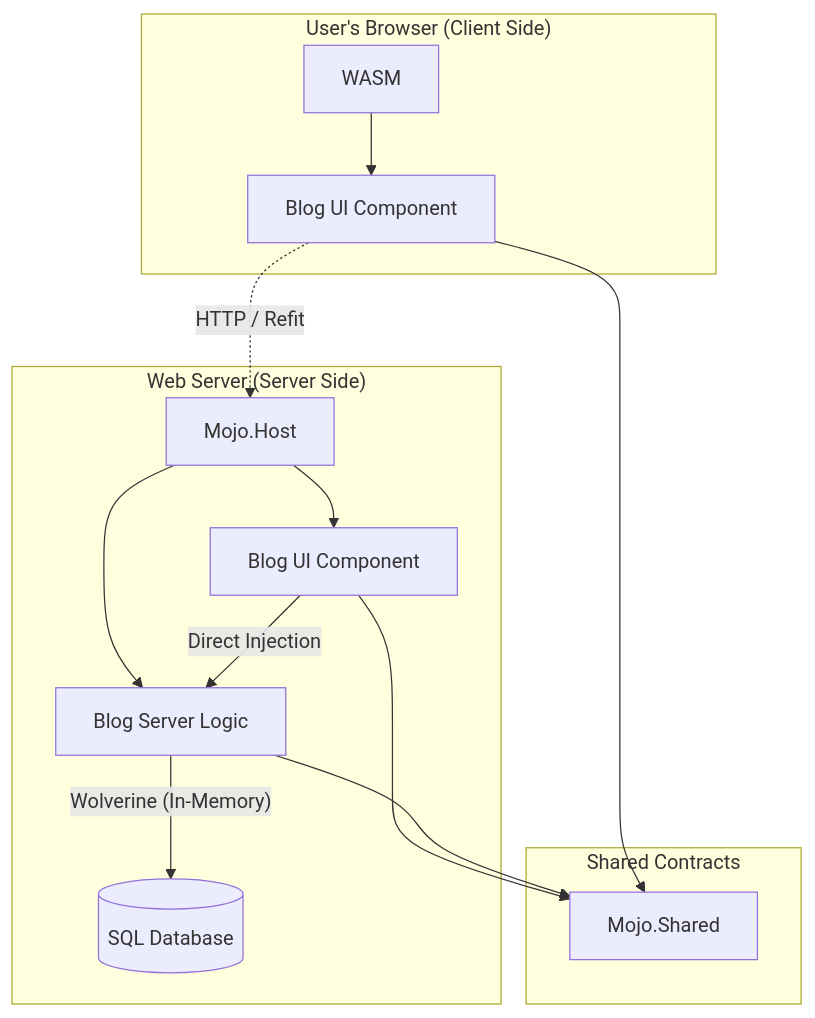
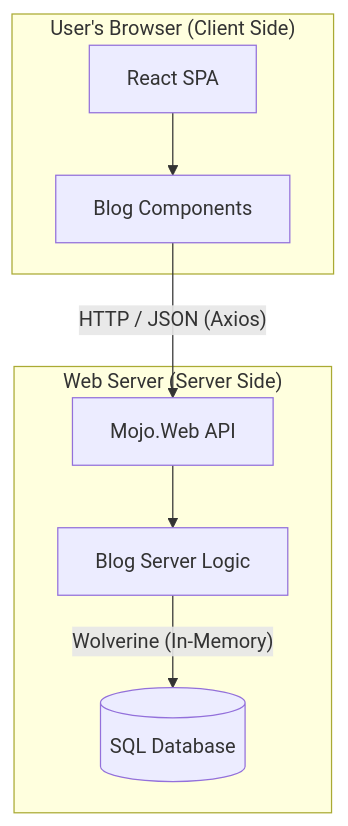
The diagram in MojoPortalRebornArchitecture.md (maxaboxi/MojoReborn), drawn with Mermaid before and after one commit. The commit also changed other lines of this file and 109 other files, not shown here.

````diff
--- a/MojoPortalRebornArchitecture.md
+++ b/MojoPortalRebornArchitecture.md
@@ -26,33 +26,21 @@
 ```mermaid
 graph TD
     subgraph "User's Browser (Client Side)"
-        WASM 
-        BlogUI_C[Blog UI Component]
-        WASM --> BlogUI_C
+        ReactApp[React SPA]
+        BlogUI_C[Blog Components]
+        ReactApp --> BlogUI_C
     end
 
     subgraph "Web Server (Server Side)"
-        Host[Mojo.Host]
-        BlogUI_S[Blog UI Component]
+        API[Mojo.Web API]
         BlogServer[Blog Server Logic]
 
-        Host --> BlogUI_S
-        Host --> BlogServer
+        API --> BlogServer
 
         %% The Logic Connection
         BlogServer -- "Wolverine (In-Memory)" --> DB[(SQL Database)]
     end
 
-    subgraph "Shared Contracts"
-        Shared[Mojo.Shared]
-    end
-
     %% Relationships
-    BlogUI_C --> Shared
-    BlogUI_S --> Shared
-    BlogServer --> Shared
-
-    %% The Magic Switch
-    BlogUI_C -. "HTTP / Refit" .-> Host
-    BlogUI_S -- "Direct Injection" --> BlogServer
+    BlogUI_C -- "HTTP / JSON (Axios)" --> API
 ```
````
